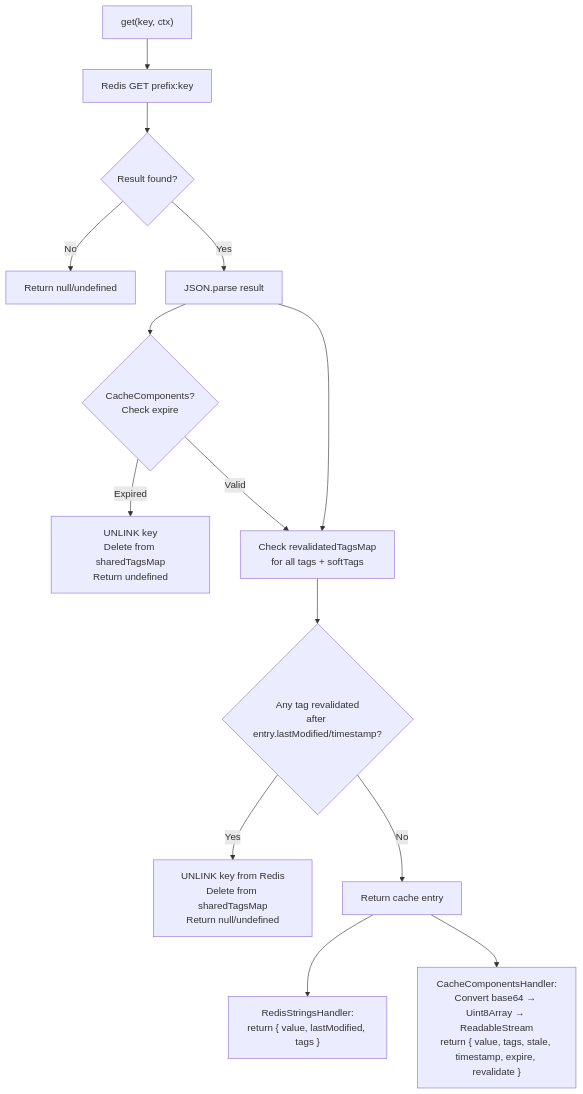
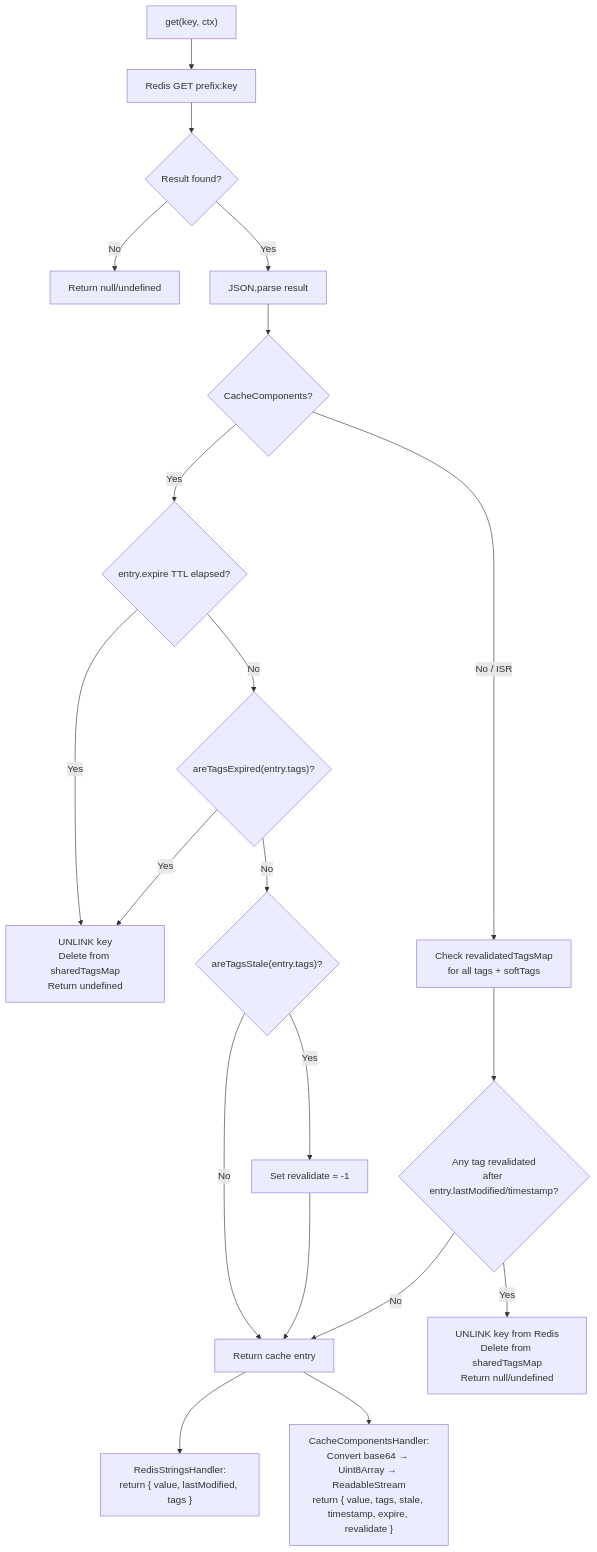
One commit to trieb-work/nextjs-turbo-redis-cache changed the sixth of 9 diagrams in ARCHITECTURE.md. Above: the diagram before and after it, drawn with Mermaid. The commit also changed other lines of this file and 40 other files, not shown here.

````diff
--- a/ARCHITECTURE.md
+++ b/ARCHITECTURE.md
@@ -224,19 +224,25 @@
 ```mermaid
 flowchart TD
     A["get(key, ctx)"] --> B["Redis GET prefix:key"]
     B --> C{Result found?}
     C -->|No| RN["Return null/undefined"]
     C -->|Yes| D["JSON.parse result"]
 
-    D --> CC{CacheComponents?\nCheck expire}
-    CC -->|Expired| DEL1["UNLINK key\nDelete from sharedTagsMap\nReturn undefined"]
-    CC -->|Valid| E
+    D --> CC{CacheComponents?}
+    CC -->|Yes| EXP{"entry.expire TTL elapsed?"}
+    EXP -->|Yes| DEL1["UNLINK key\nDelete from sharedTagsMap\nReturn undefined"]
+    EXP -->|No| TAGX{"areTagsExpired(entry.tags)?"}
+    TAGX -->|Yes| DEL1
+    TAGX -->|No| TAGS{"areTagsStale(entry.tags)?"}
+    TAGS -->|Yes| SETR["Set revalidate = -1"]
+    TAGS -->|No| H["Return cache entry"]
+    SETR --> H
 
-    D --> E["Check revalidatedTagsMap\nfor all tags + softTags"]
+    CC -->|No / ISR| E["Check revalidatedTagsMap\nfor all tags + softTags"]
     E --> F{Any tag revalidated\nafter entry.lastModified/timestamp?}
     F -->|Yes| G["UNLINK key from Redis\nDelete from sharedTagsMap\nReturn null/undefined"]
-    F -->|No| H["Return cache entry"]
+    F -->|No| H
 
     H --> H2["RedisStringsHandler:\nreturn { value, lastModified, tags }"]
     H --> H3["CacheComponentsHandler:\nConvert base64 → Uint8Array → ReadableStream\nreturn { value, tags, stale, timestamp, expire, revalidate }"]
 ```
````
